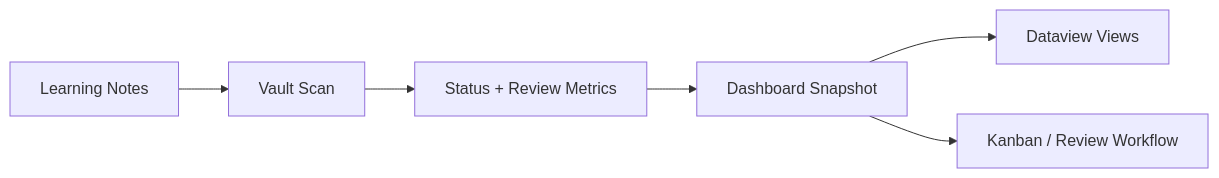
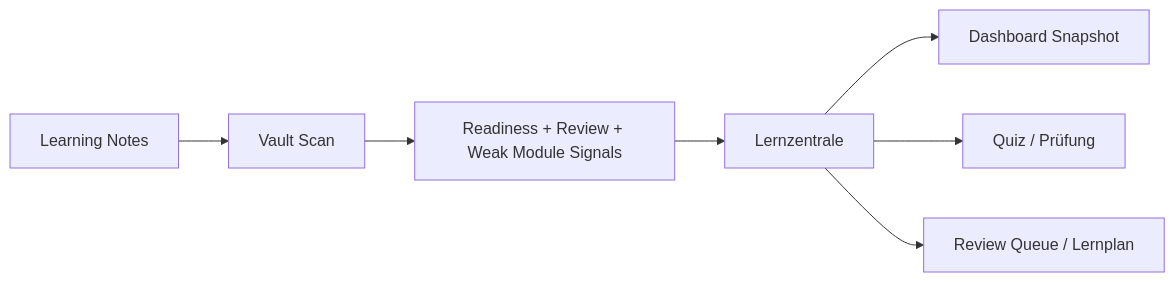
The diagram in plugins/lernfortschritt-dashboard/README.md (p2plus/obsidian-ausbildung-plugins), drawn with Mermaid before and after one commit. The commit also changed other lines of this file and 8 other files, not shown here.

Commit message:
Build learner-first dashboard hub

````diff
--- a/plugins/lernfortschritt-dashboard/README.md
+++ b/plugins/lernfortschritt-dashboard/README.md
@@ -9,8 +9,9 @@
 ```mermaid
 flowchart LR
     Notes["Learning Notes"] --> Scan["Vault Scan"]
-    Scan --> Metrics["Status + Review Metrics"]
-    Metrics --> Snapshot["Dashboard Snapshot"]
-    Snapshot --> Dataview["Dataview Views"]
-    Snapshot --> Kanban["Kanban / Review Workflow"]
+    Scan --> Signals["Readiness + Review + Weak Module Signals"]
+    Signals --> Hub["Lernzentrale"]
+    Hub --> Snapshot["Dashboard Snapshot"]
+    Hub --> Quiz["Quiz / Prüfung"]
+    Hub --> Plan["Review Queue / Lernplan"]
 ```
````
